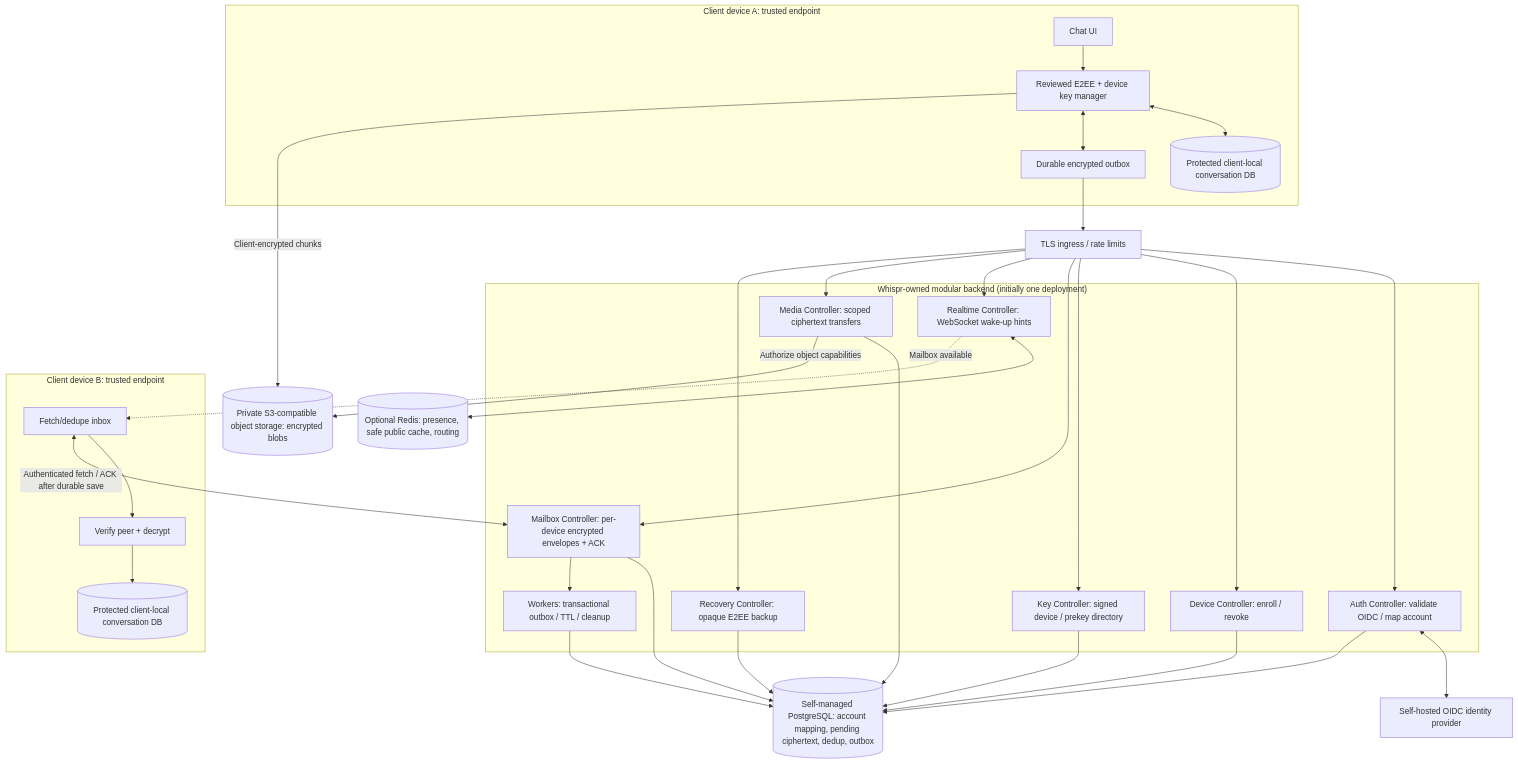
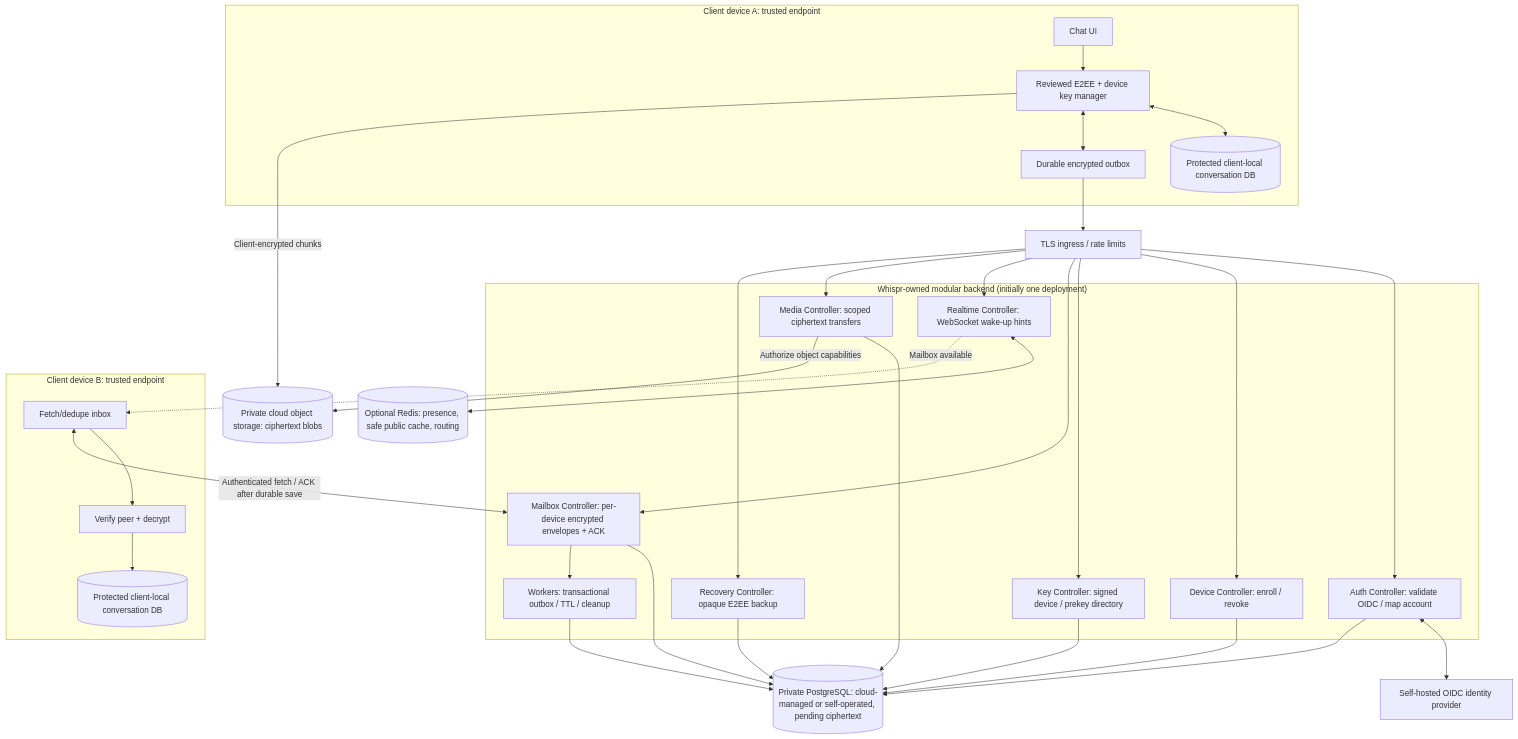
One commit to utksh1/Whispr changed the diagram in Docs/04_System_Architecture.md. Above: the diagram before and after it, drawn with Mermaid. The commit also changed other lines of this file, not shown here.

Commit message:
docs: enable cloud-managed infrastructure in Docs/04_System_Architecture.md

````diff
--- a/Docs/04_System_Architecture.md
+++ b/Docs/04_System_Architecture.md
@@ -20,43 +20,43 @@
 ```mermaid
 flowchart TB
   subgraph S["Client device A: trusted endpoint"]
     UI["Chat UI"]
     CR["Reviewed E2EE + device key manager"]
     DB[("Protected client-local conversation DB")]
     OUT["Durable encrypted outbox"]
     UI --> CR
     CR <--> DB
     CR <--> OUT
   end
   EDGE["TLS ingress / rate limits"]
   IDP["Self-hosted OIDC identity provider"]
   subgraph APP["Whispr-owned modular backend (initially one deployment)"]
     AUTH["Auth Controller: validate OIDC / map account"]
     DEV["Device Controller: enroll / revoke"]
     KEYS["Key Controller: signed device / prekey directory"]
     MAIL["Mailbox Controller: per-device encrypted envelopes + ACK"]
     RT["Realtime Controller: WebSocket wake-up hints"]
     MED["Media Controller: scoped ciphertext transfers"]
     REC["Recovery Controller: opaque E2EE backup"]
     WORK["Workers: transactional outbox / TTL / cleanup"]
   end
-  PG[("Self-managed PostgreSQL: account mapping, pending ciphertext, dedup, outbox")]
+  PG[("Private PostgreSQL: cloud-managed or self-operated, pending ciphertext")]
   CACHE[("Optional Redis: presence, safe public cache, routing")]
-  OBJ[("Private S3-compatible object storage: encrypted blobs")]
+  OBJ[("Private cloud object storage: ciphertext blobs")]
   subgraph R["Client device B: trusted endpoint"]
     IN["Fetch/dedupe inbox"]
     DEC["Verify peer + decrypt"]
     RDB[("Protected client-local conversation DB")]
     IN --> DEC --> RDB
   end
   OUT --> EDGE
   EDGE --> AUTH & DEV & KEYS & MAIL & RT & MED & REC
   AUTH <--> IDP
   AUTH & DEV & KEYS & MAIL & MED & REC & WORK --> PG
   RT <--> CACHE
   MAIL --> WORK
   RT -. "Mailbox available" .-> IN
   IN <-->|"Authenticated fetch / ACK after durable save"| MAIL
   CR -->|"Client-encrypted chunks"| OBJ
   MED -->|"Authorize object capabilities"| OBJ
 ```
````
